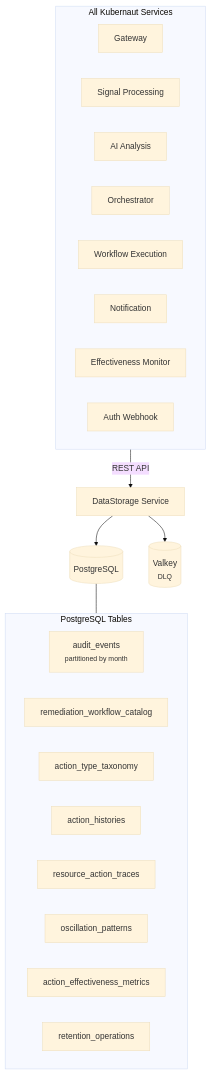
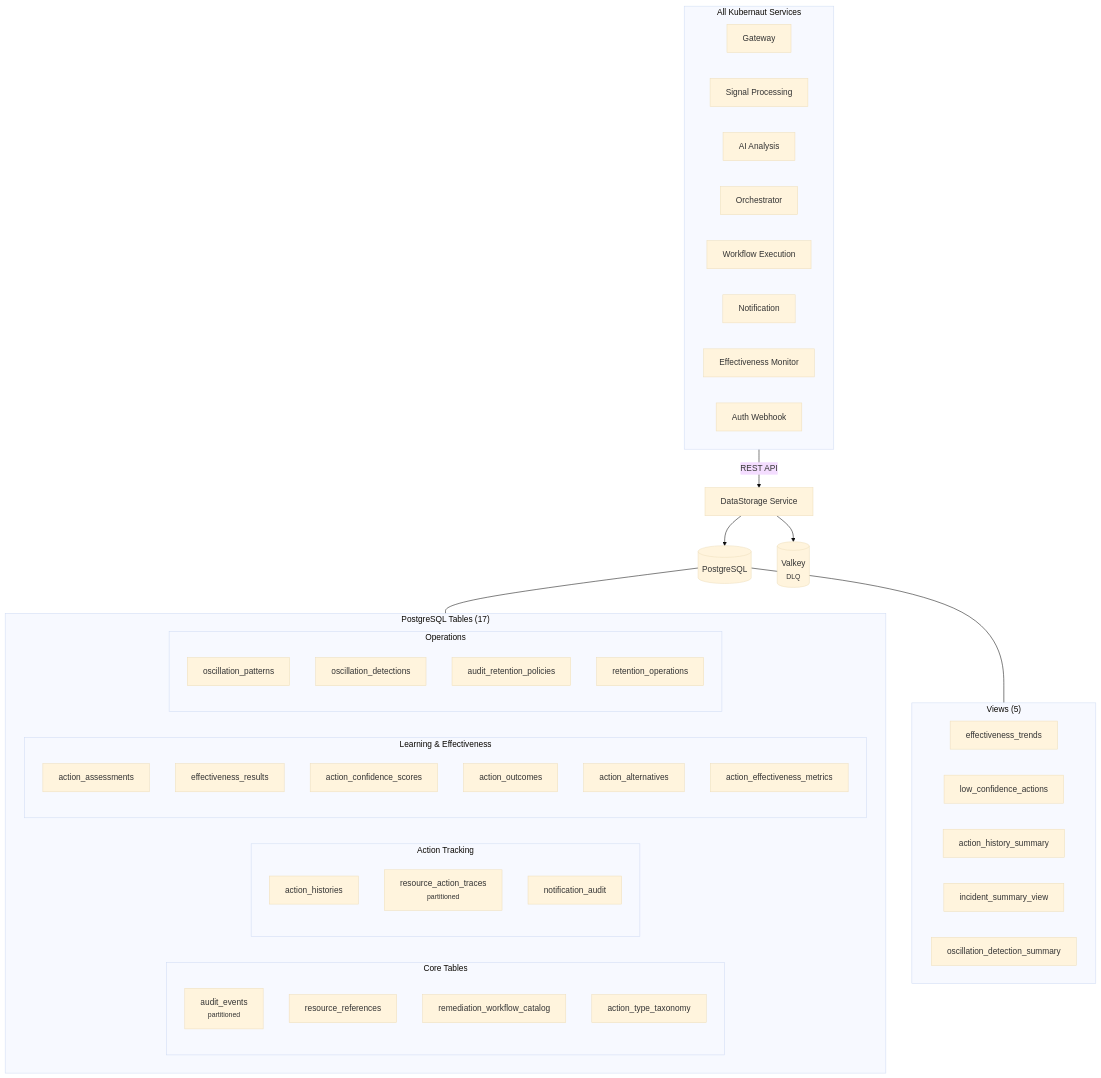
Before and after one commit to jordigilh/kubernaut-docs: the first of 3 diagrams in docs/architecture/data-persistence.md, drawn with Mermaid (base theme). The commit also changed other lines of this file and 58 other files, not shown here.

````diff
--- a/docs/architecture/data-persistence.md
+++ b/docs/architecture/data-persistence.md
@@ -10,31 +10,58 @@
 ```mermaid
 graph TB
     subgraph Services["All Kubernaut Services"]
         S1[Gateway]
         S2[Signal Processing]
         S3[AI Analysis]
         S4[Orchestrator]
         S5[Workflow Execution]
         S6[Notification]
         S7[Effectiveness Monitor]
         S8[Auth Webhook]
     end
 
     Services -->|REST API| DS[DataStorage Service]
 
     DS --> PG[(PostgreSQL)]
     DS --> RD[(Valkey<br/><small>DLQ</small>)]
 
-    subgraph Tables["PostgreSQL Tables"]
-        AE[audit_events<br/><small>partitioned by month</small>]
-        WF[remediation_workflow_catalog]
-        AT[action_type_taxonomy]
-        AH[action_histories]
-        RT[resource_action_traces]
-        OP[oscillation_patterns]
-        AEM[action_effectiveness_metrics]
-        RO_T[retention_operations]
+    subgraph Tables["PostgreSQL Tables (17)"]
+        direction LR
+        subgraph Core["Core Tables"]
+            AE[audit_events<br/><small>partitioned</small>]
+            RR_T[resource_references]
+            WF[remediation_workflow_catalog]
+            AT[action_type_taxonomy]
+        end
+        subgraph Tracking["Action Tracking"]
+            AH[action_histories]
+            RT[resource_action_traces<br/><small>partitioned</small>]
+            NAU[notification_audit]
+        end
+        subgraph Learning["Learning & Effectiveness"]
+            AA[action_assessments]
+            ER[effectiveness_results]
+            ACS[action_confidence_scores]
+            AO[action_outcomes]
+            AAlt[action_alternatives]
+            AEM[action_effectiveness_metrics]
+        end
+        subgraph Operations["Operations"]
+            OP[oscillation_patterns]
+            OD[oscillation_detections]
+            ARP[audit_retention_policies]
+            RO_T[retention_operations]
+        end
+    end
+
+    subgraph Views["Views (5)"]
+        V1[effectiveness_trends]
+        V2[low_confidence_actions]
+        V3[action_history_summary]
+        V4[incident_summary_view]
+        V5[oscillation_detection_summary]
     end
 
     PG --- Tables
+    PG --- Views
 ```
````
